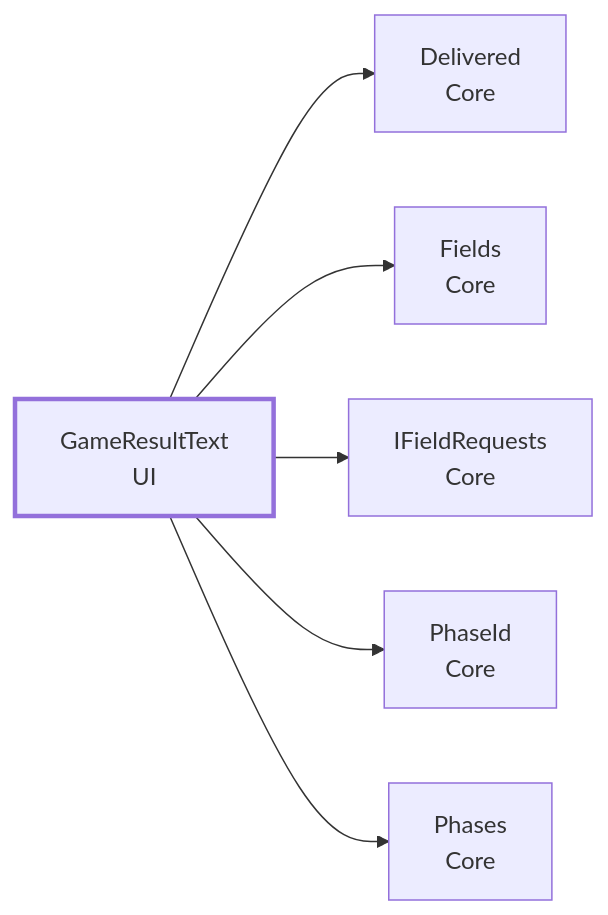
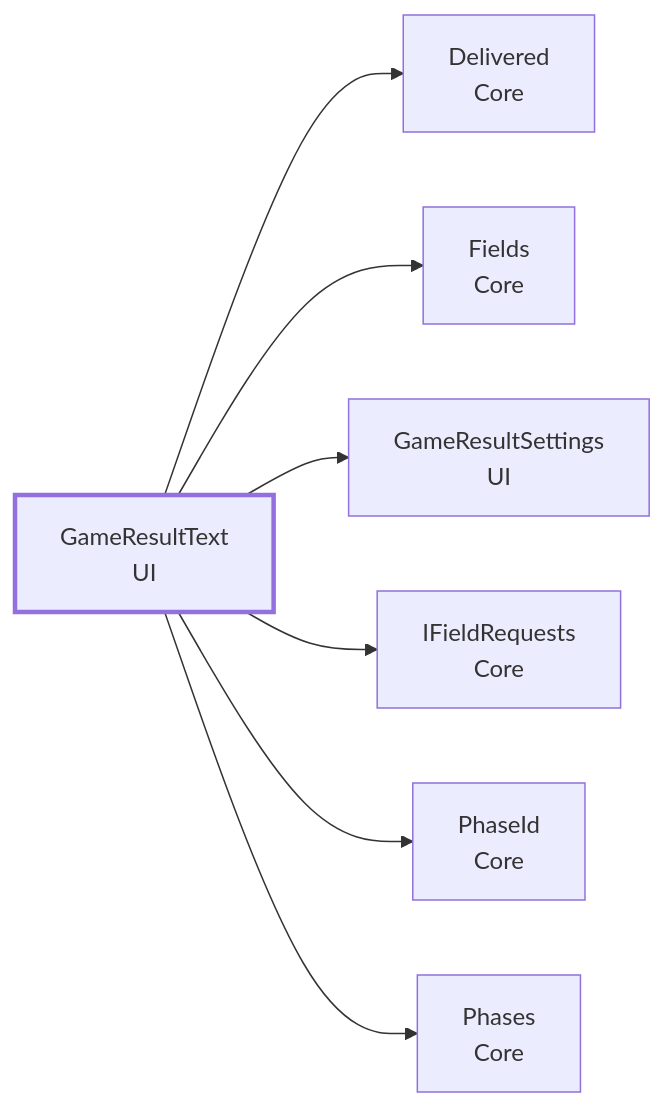
One commit to Fialuxe/MouthOfGod_System changed the fifth of 9 diagrams in docs/api/UI.md. Above: the diagram before and after it, drawn with Mermaid. The commit also changed other lines of this file and 5 other files, not shown here.

First line of the commit message:
届けた数の文の見た目を設定アセット GameResultSettings に移す（#355）

````diff
--- a/docs/api/UI.md
+++ b/docs/api/UI.md
@@ -221,10 +269,11 @@
 ```mermaid
 flowchart LR
   C_GameResultText["GameResultText<br/>UI"]:::me
   C_GameResultText --> D_Delivered["Delivered<br/>Core"]
   C_GameResultText --> D_Fields["Fields<br/>Core"]
+  C_GameResultText --> D_GameResultSettings["GameResultSettings<br/>UI"]
   C_GameResultText --> D_IFieldRequests["IFieldRequests<br/>Core"]
   C_GameResultText --> D_PhaseId["PhaseId<br/>Core"]
   C_GameResultText --> D_Phases["Phases<br/>Core"]
   classDef me stroke-width:3px
 ```
````
